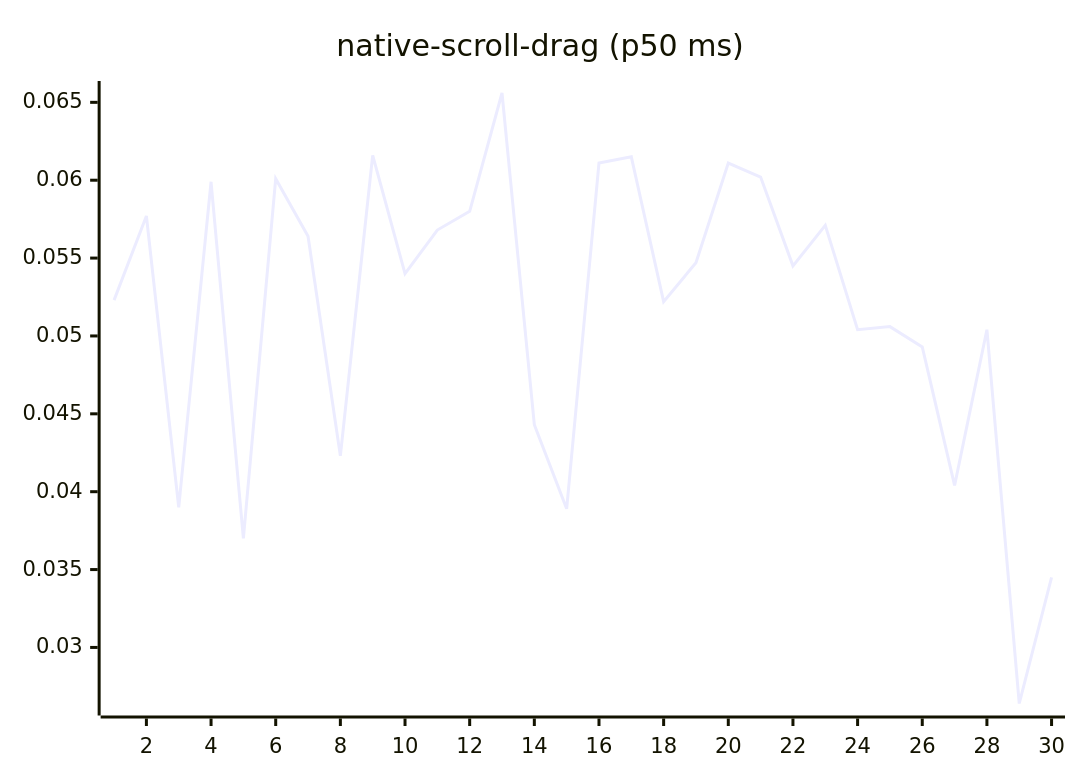
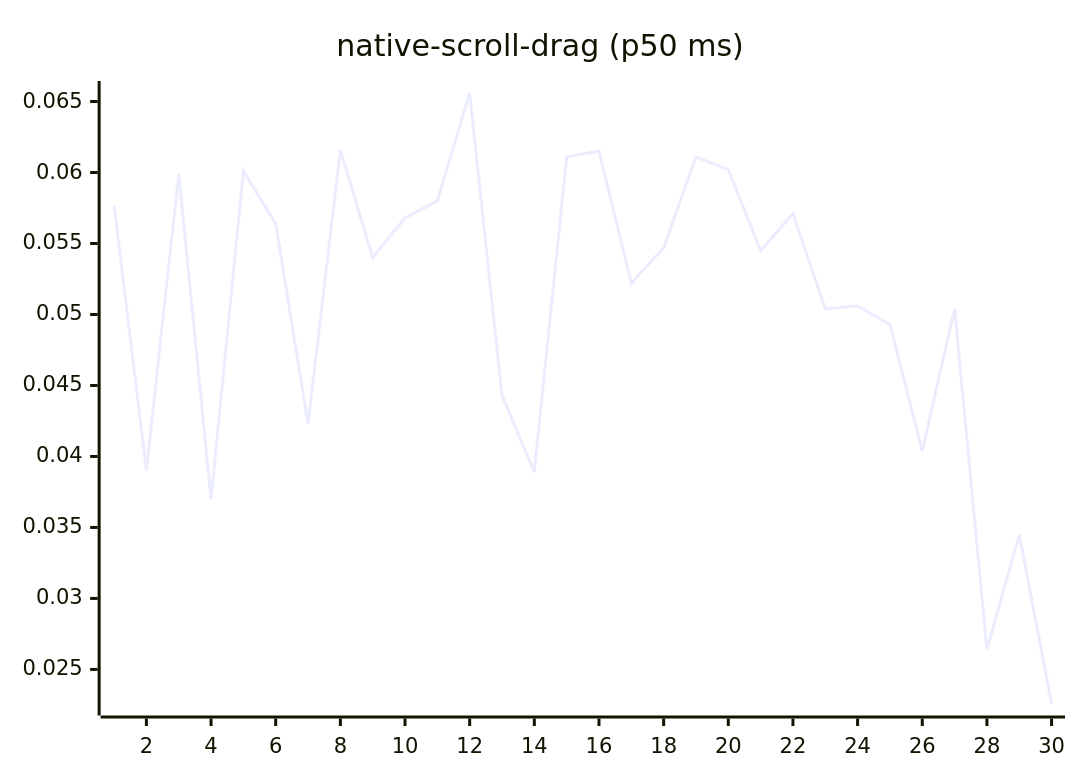
One commit to josha/Facet changed diagram 14 of 27 in README.md. Above: the diagram before and after it, drawn with Mermaid. The commit also changed other lines of this file and 2 other files, not shown here.

````diff
--- a/README.md
+++ b/README.md
@@ -154,6 +154,6 @@
 ```mermaid
 xychart-beta
     title "native-scroll-drag (p50 ms)"
     x-axis 1 --> 30
-    line [0.0523, 0.0577, 0.0390, 0.0599, 0.0370, 0.0601, 0.0564, 0.0423, 0.0616, 0.0540, 0.0568, 0.0580, 0.0656, 0.0443, 0.0389, 0.0611, 0.0615, 0.0522, 0.0547, 0.0611, 0.0602, 0.0545, 0.0571, 0.0504, 0.0506, 0.0493, 0.0404, 0.0504, 0.0264, 0.0345]
+    line [0.0577, 0.0390, 0.0599, 0.0370, 0.0601, 0.0564, 0.0423, 0.0616, 0.0540, 0.0568, 0.0580, 0.0656, 0.0443, 0.0389, 0.0611, 0.0615, 0.0522, 0.0547, 0.0611, 0.0602, 0.0545, 0.0571, 0.0504, 0.0506, 0.0493, 0.0404, 0.0504, 0.0264, 0.0345, 0.0226]
 ```
````
